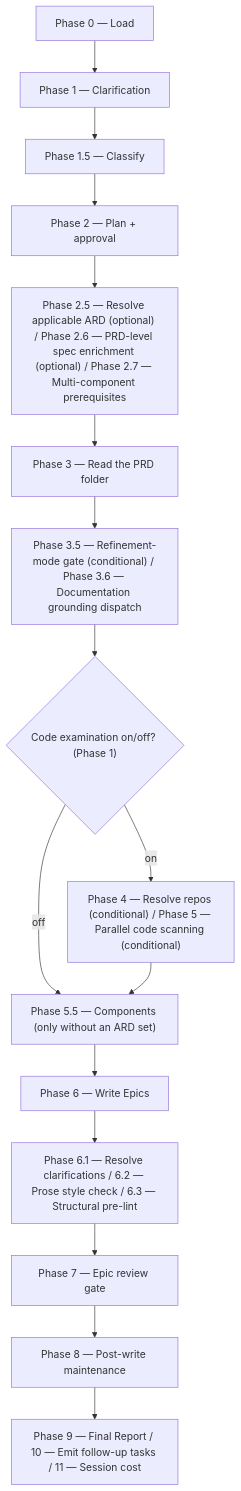
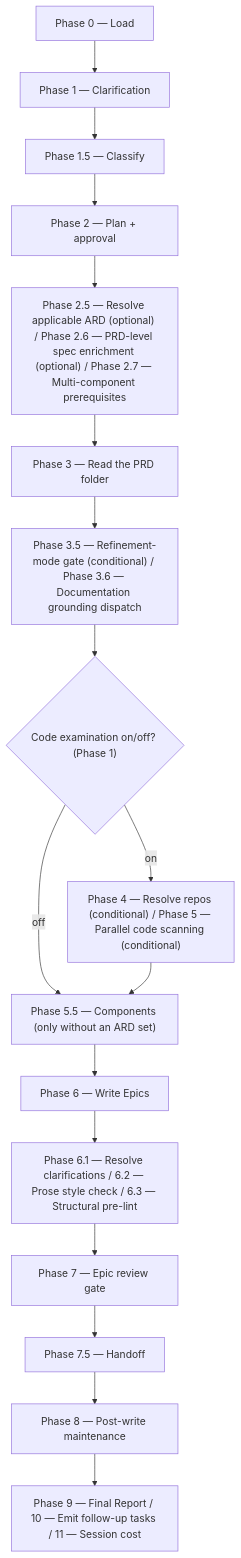
The diagram in plugins/product-workflows/docs/commands/epics.md (ihudak/ai-workflows), drawn with Mermaid before and after one commit. The commit also changed other lines of this file and 34 other files, not shown here.

````diff
--- a/plugins/product-workflows/docs/commands/epics.md
+++ b/plugins/product-workflows/docs/commands/epics.md
@@ -27,18 +27,19 @@
 ```mermaid
 flowchart TD
     p0["Phase 0 — Load"] --> p1["Phase 1 — Clarification"]
     p1 --> p15["Phase 1.5 — Classify"]
     p15 --> p2["Phase 2 — Plan + approval"]
     p2 --> p2526["Phase 2.5 — Resolve applicable ARD (optional) / Phase 2.6 — PRD-level spec enrichment (optional) / Phase 2.7 — Multi-component prerequisites"]
     p2526 --> p3["Phase 3 — Read the PRD folder"]
     p3 --> p3536["Phase 3.5 — Refinement-mode gate (conditional) / Phase 3.6 — Documentation grounding dispatch"]
     p3536 --> d1{"Code examination on/off? (Phase 1)"}
     d1 -- "on" --> p45["Phase 4 — Resolve repos (conditional) / Phase 5 — Parallel code scanning (conditional)"]
     d1 -- "off" --> p55
     p45 --> p55["Phase 5.5 — Components (only without an ARD set)"]
     p55 --> p6["Phase 6 — Write Epics"]
     p6 --> p616263["Phase 6.1 — Resolve clarifications / 6.2 — Prose style check / 6.3 — Structural pre-lint"]
     p616263 --> p7["Phase 7 — Epic review gate"]
-    p7 --> p8["Phase 8 — Post-write maintenance"]
+    p7 --> p75["Phase 7.5 — Handoff"]
+    p75 --> p8["Phase 8 — Post-write maintenance"]
     p8 --> p91011["Phase 9 — Final Report / 10 — Emit follow-up tasks / 11 — Session cost"]
 ```
````
